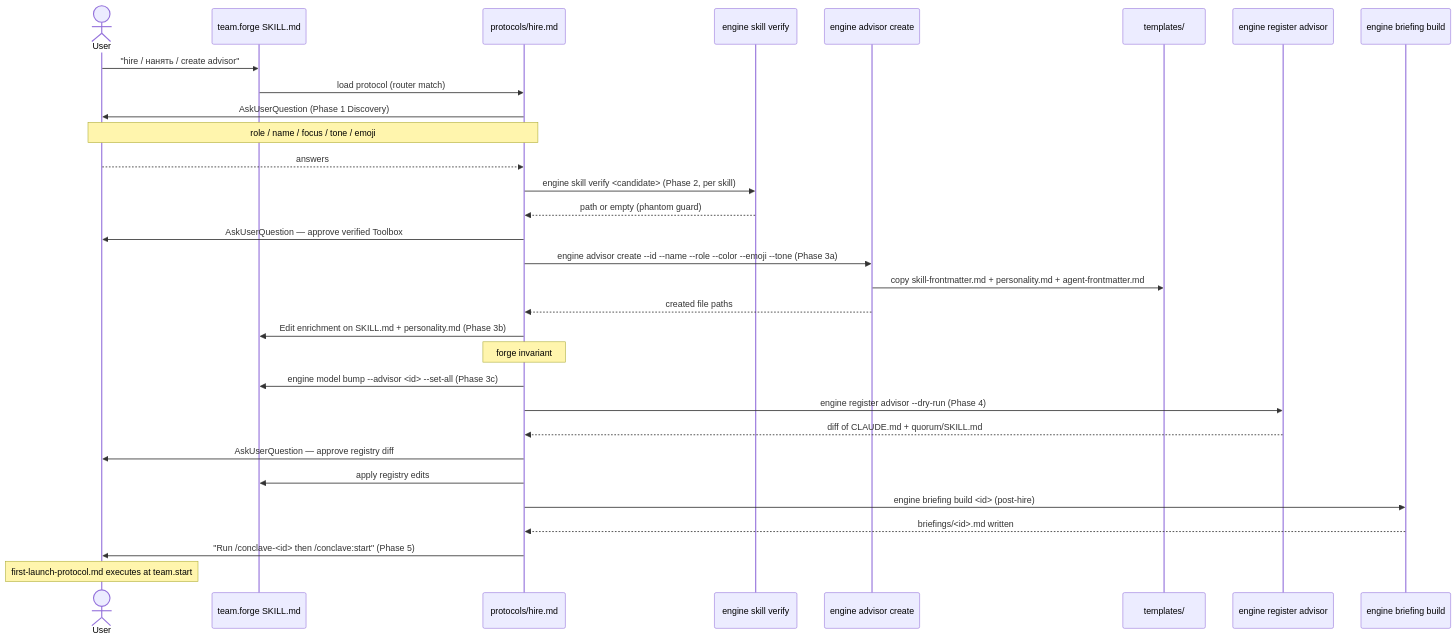
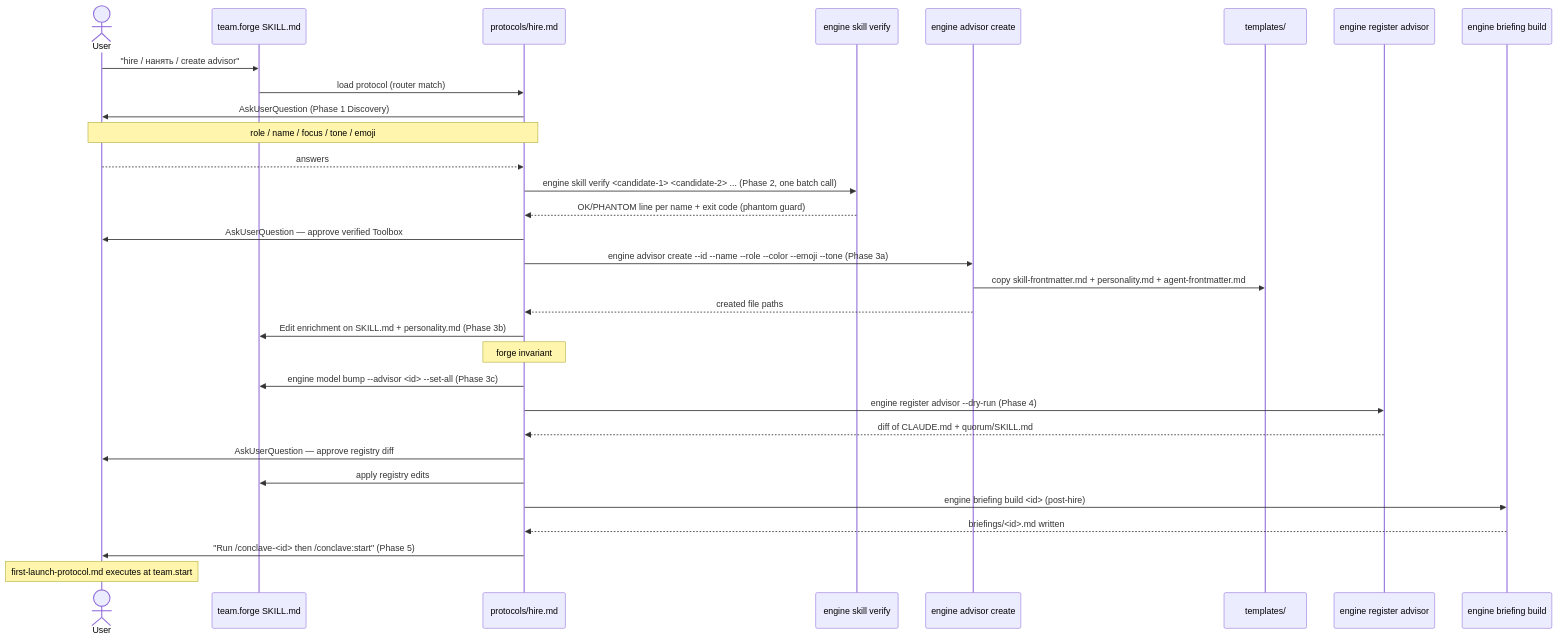
One commit to ignromanov/conclave changed the first of 6 diagrams in skills/forge-operations/ARCHITECTURE.md. Above: the diagram before and after it, drawn with Mermaid. The commit also changed 3 other files, not shown here.

First line of the commit message:
fix(forge): skill verify is asked once for the whole list, and empty is not a verdict (#88) (#337)

````diff
--- a/skills/forge-operations/ARCHITECTURE.md
+++ b/skills/forge-operations/ARCHITECTURE.md
@@ -20,40 +20,40 @@
 ```mermaid
 sequenceDiagram
     actor User
     participant Forge as team.forge SKILL.md
     participant Hire as protocols/hire.md
     participant VS as engine skill verify
     participant CA as engine advisor create
     participant Tmpl as templates/
     participant RA as engine register advisor
     participant BB as engine briefing build
 
     User->>Forge: "hire / нанять / create advisor"
     Forge->>Hire: load protocol (router match)
     Hire->>User: AskUserQuestion (Phase 1 Discovery)
     Note over Hire,User: role / name / focus / tone / emoji
     User-->>Hire: answers
 
-    Hire->>VS: engine skill verify <candidate> (Phase 2, per skill)
-    VS-->>Hire: path or empty (phantom guard)
+    Hire->>VS: engine skill verify <candidate-1> <candidate-2> ... (Phase 2, one batch call)
+    VS-->>Hire: OK/PHANTOM line per name + exit code (phantom guard)
     Hire->>User: AskUserQuestion — approve verified Toolbox
 
     Hire->>CA: engine advisor create --id --name --role --color --emoji --tone (Phase 3a)
     CA->>Tmpl: copy skill-frontmatter.md + personality.md + agent-frontmatter.md
     CA-->>Hire: created file paths
 
     Hire->>Forge: Edit enrichment on SKILL.md + personality.md (Phase 3b)
     Note over Hire: forge invariant #1: diff-preview before every Edit
     Hire->>Forge: engine model bump --advisor <id> --set-all (Phase 3c)
 
     Hire->>RA: engine register advisor --dry-run (Phase 4)
     RA-->>Hire: diff of CLAUDE.md + quorum/SKILL.md
     Hire->>User: AskUserQuestion — approve registry diff
     Hire->>Forge: apply registry edits
 
     Hire->>BB: engine briefing build <id> (post-hire)
     BB-->>Hire: briefings/<id>.md written
 
     Hire->>User: "Run /conclave-<id> then /conclave:start" (Phase 5)
     Note over User: first-launch-protocol.md executes at team.start
 ```
````
